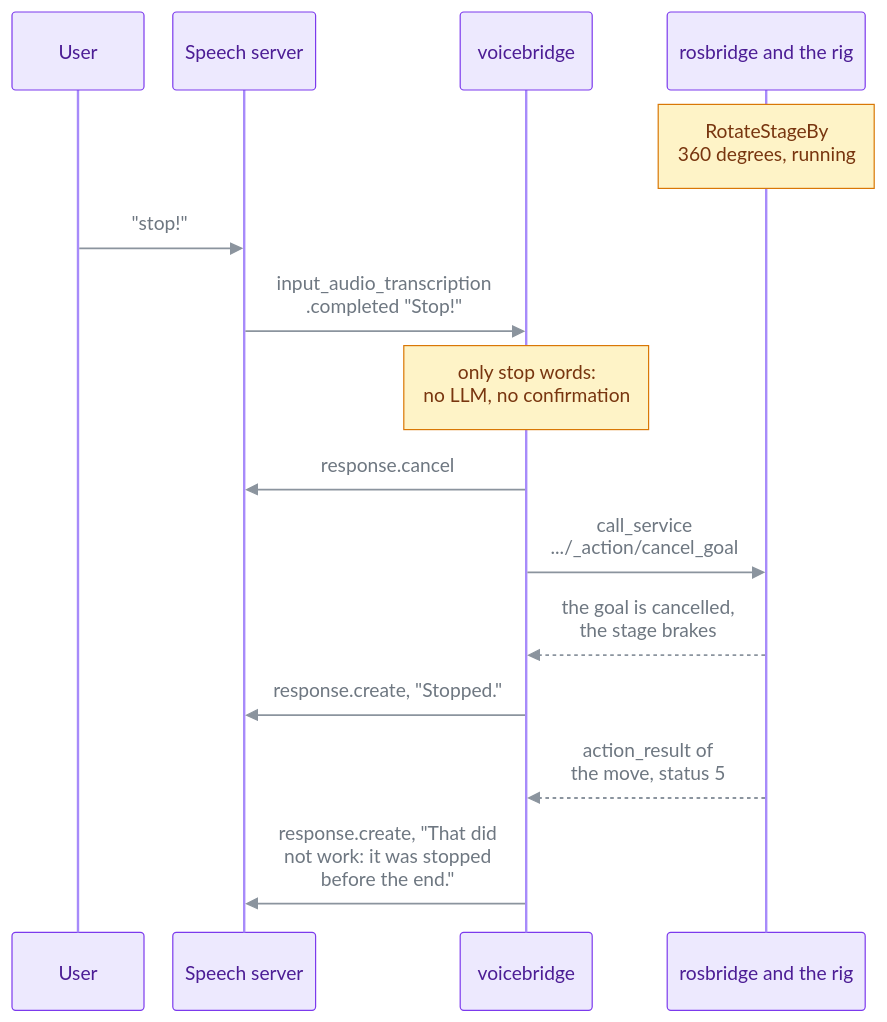
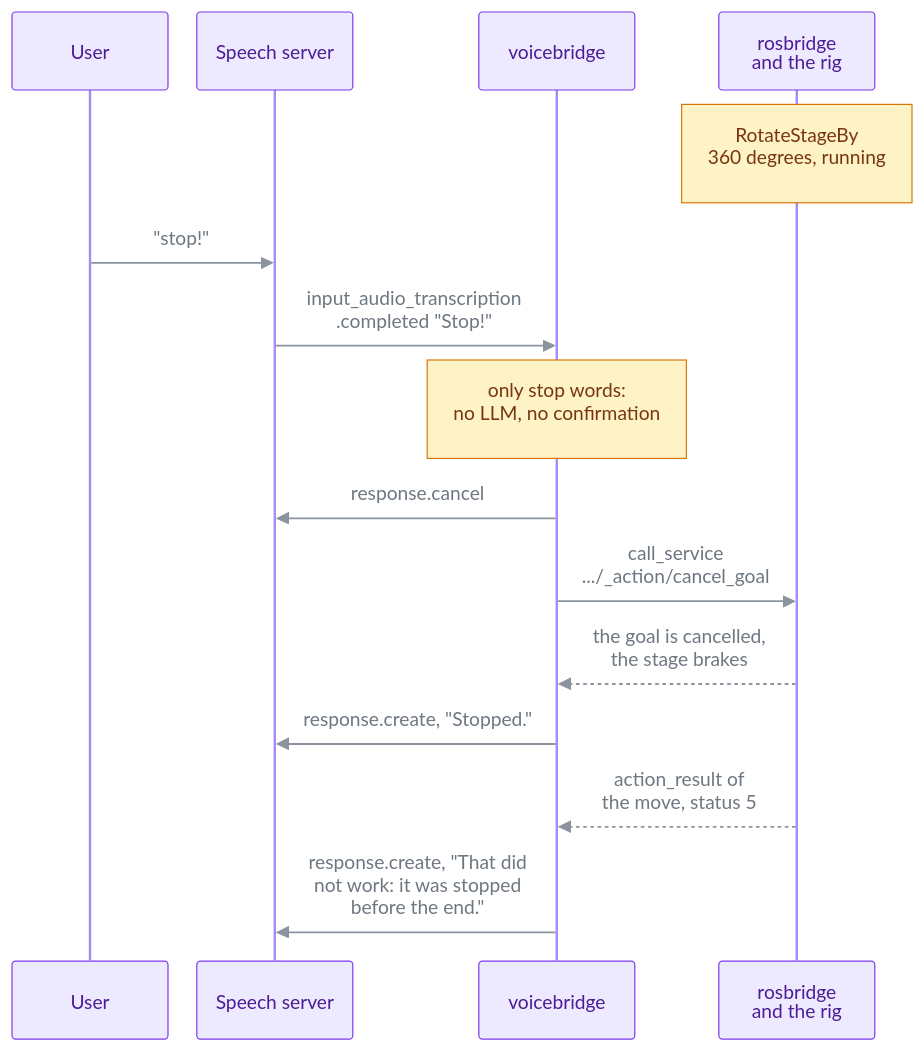
One commit to kineticsystem/stepit-speech changed the sixth of 10 diagrams in docs/ARCHITECTURE.md. Above: the diagram before and after it, drawn with Mermaid. The commit also changed other lines of this file and 1 other file, not shown here.

First line of the commit message:
Shorter diagrams in the README and the architecture document

````diff
--- a/docs/ARCHITECTURE.md
+++ b/docs/ARCHITECTURE.md
@@ -491,64 +497,64 @@
 ```mermaid
 ---
 config:
   theme: base
   sequence:
     actorMargin: 24
-    width: 110
+    width: 130
     diagramMarginX: 10
     boxMargin: 12
     boxTextMargin: 8
     messageMargin: 40
-    noteMargin: 16
+    noteMargin: 22
     labelBoxWidth: 56
     labelBoxHeight: 28
     messageFontSize: 16
     actorFontSize: 16
     noteFontSize: 15
     wrap: false
   themeVariables:
     textColor: "#8b5cf6"
     actorBkg: "#ede9fe"
     actorBorder: "#7c3aed"
     actorTextColor: "#4c1d95"
     actorLineColor: "#a78bfa"
     signalColor: "#8b949e"
     signalTextColor: "#6e7781"
     labelBoxBkgColor: "#ccfbf1"
     labelBoxBorderColor: "#0d9488"
     labelTextColor: "#134e4a"
     loopTextColor: "#0d9488"
     noteBkgColor: "#fef3c7"
     noteBorderColor: "#d97706"
     noteTextColor: "#78350f"
     activationBkgColor: "#c4b5fd"
     activationBorderColor: "#7c3aed"
     mainBkg: "#ede9fe"
     nodeBorder: "#7c3aed"
     secondaryColor: "#ede9fe"
     secondaryBorderColor: "#7c3aed"
     secondaryTextColor: "#4c1d95"
     tertiaryColor: "#ede9fe"
     tertiaryBorderColor: "#7c3aed"
     tertiaryTextColor: "#4c1d95"
   themeCSS: >
     .actor { filter: drop-shadow(0 3px 6px rgba(15, 23, 42, 0.18)); }
     rect.actor { rx: 12px; ry: 12px; }
 ---
 sequenceDiagram
     participant User
     participant Speech as Speech server
     participant Bridge as voicebridge
-    participant Rig as rosbridge and the rig
+    participant Rig as rosbridge<br/>and the rig
 
     Note over Rig: RotateStageBy<br/>360 degrees, running
     User ->> Speech: "stop!"
     Speech ->> Bridge: input_audio_transcription<br/>.completed "Stop!"
     Note over Bridge: only stop words:<br/>no LLM, no confirmation
     Bridge ->> Speech: response.cancel
     Bridge ->> Rig: call_service<br/>.../_action/cancel_goal
     Rig -->> Bridge: the goal is cancelled,<br/>the stage brakes
     Bridge ->> Speech: response.create, "Stopped."
     Rig -->> Bridge: action_result of<br/>the move, status 5
     Bridge ->> Speech: response.create, "That did<br/>not work: it was stopped<br/>before the end."
 ```
````
